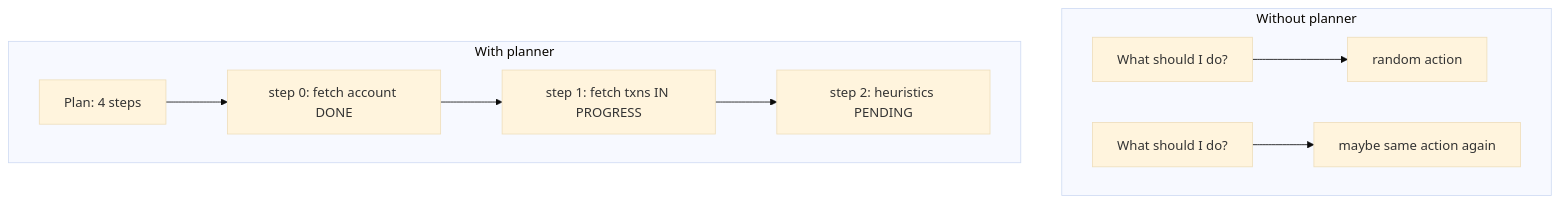
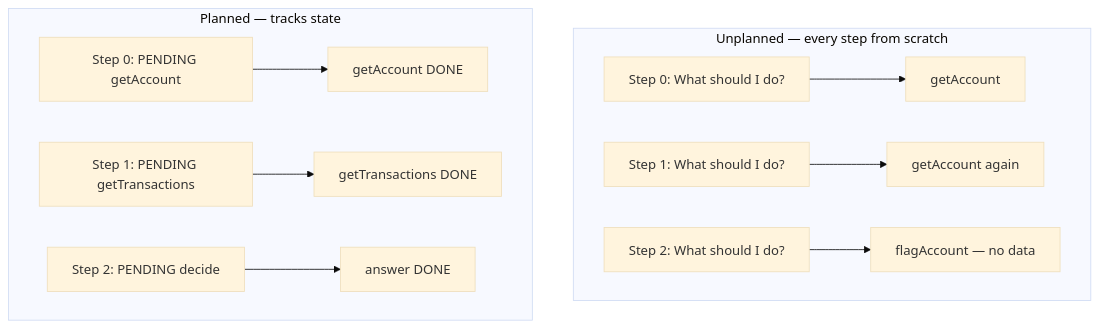
Before and after one commit to adu3110/building-agentic-systems: the first of 2 diagrams in src/book1/08-planning.md, drawn with Mermaid (base theme). The commit also changed other lines of this file and 9 other files, not shown here.

````diff
--- a/src/book1/08-planning.md
+++ b/src/book1/08-planning.md
@@ -16,12 +13,13 @@
 ```mermaid
 flowchart TB
-  subgraph bad [Without planner]
-    Q1[What should I do?] --> A1[random action]
-    Q2[What should I do?] --> A2[maybe same action again]
+  subgraph bad [Unplanned — every step from scratch]
+    Q1[Step 0: What should I do?] --> A1[getAccount]
+    Q2[Step 1: What should I do?] --> A2[getAccount again]
+    Q3[Step 2: What should I do?] --> A3[flagAccount — no data]
   end
-  subgraph good [With planner]
-    P[Plan: 4 steps] --> S1[step 0: fetch account DONE]
-    S1 --> S2[step 1: fetch txns IN PROGRESS]
-    S2 --> S3[step 2: heuristics PENDING]
+  subgraph good [Planned — tracks state]
+    P0[Step 0: PENDING getAccount] --> D0[getAccount DONE]
+    P1[Step 1: PENDING getTransactions] --> D1[getTransactions DONE]
+    P2[Step 2: PENDING decide] --> D2[answer DONE]
   end
 ```
````
